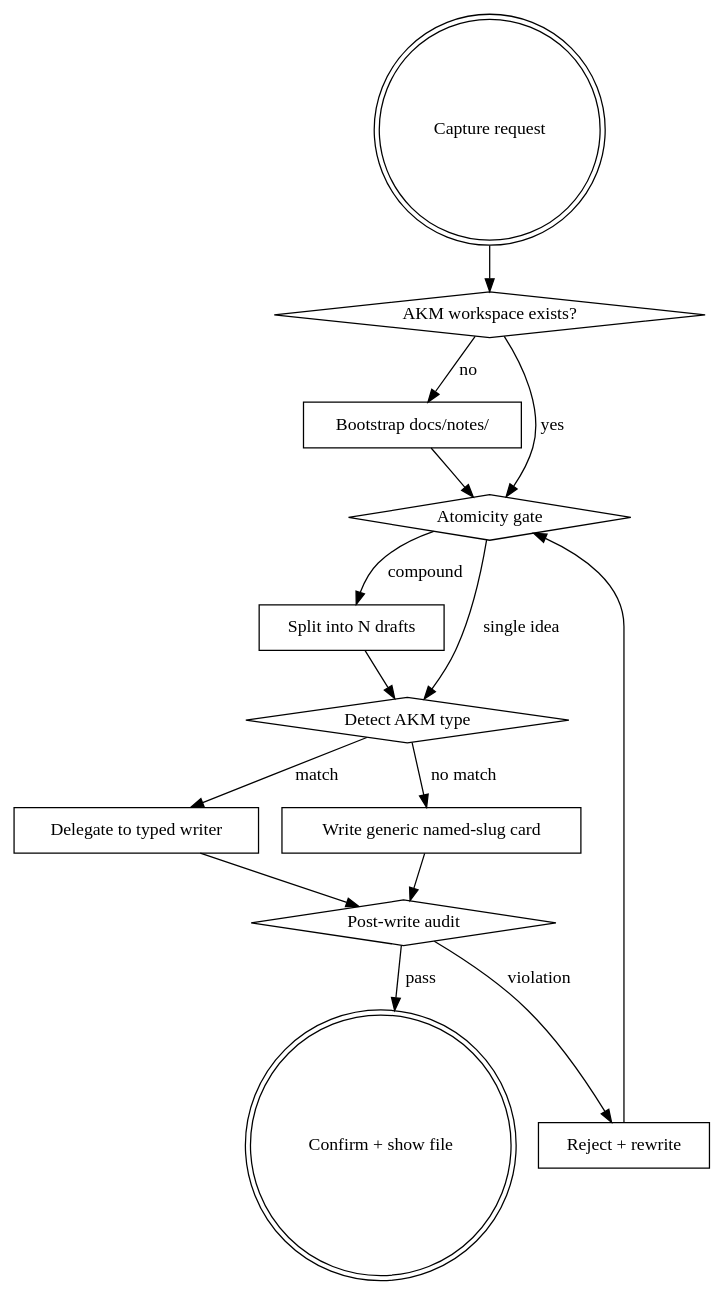
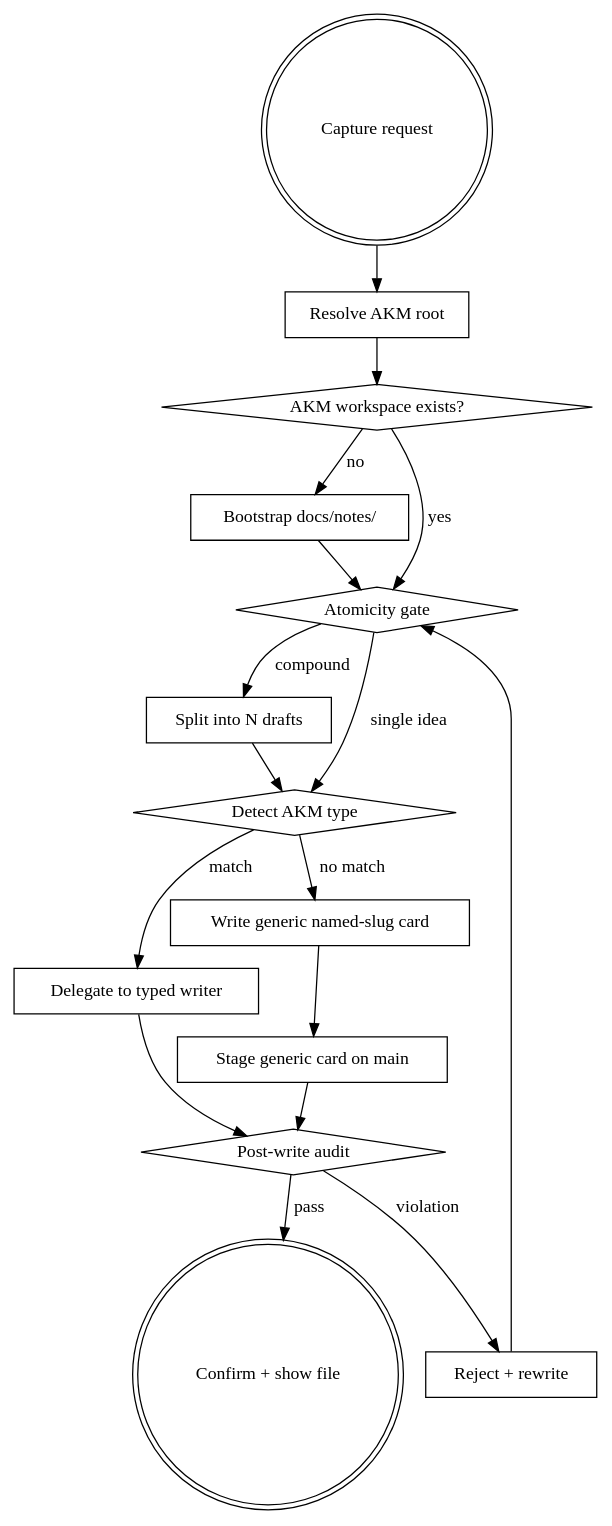
One commit to b3tchi/dotfiles changed the diagram in claude/marketplace/plugins/infinifu/skills/zettel-write/SKILL.md. Above: the diagram before and after it, drawn with Graphviz. The commit also changed other lines of this file and 53 other files, not shown here.

````diff
--- a/claude/marketplace/plugins/infinifu/skills/zettel-write/SKILL.md
+++ b/claude/marketplace/plugins/infinifu/skills/zettel-write/SKILL.md
@@ -63,30 +80,34 @@
 ```dot
 digraph zettel_write {
     "Capture request" [shape=doublecircle];
+    "Resolve AKM root" [shape=box];
     "AKM workspace exists?" [shape=diamond];
     "Bootstrap docs/notes/" [shape=box];
     "Atomicity gate" [shape=diamond];
     "Split into N drafts" [shape=box];
     "Detect AKM type" [shape=diamond];
     "Delegate to typed writer" [shape=box];
     "Write generic named-slug card" [shape=box];
+    "Stage generic card on main" [shape=box];
     "Post-write audit" [shape=diamond];
     "Confirm + show file" [shape=doublecircle];
     "Reject + rewrite" [shape=box];
 
-    "Capture request" -> "AKM workspace exists?";
+    "Capture request" -> "Resolve AKM root";
+    "Resolve AKM root" -> "AKM workspace exists?";
     "AKM workspace exists?" -> "Bootstrap docs/notes/" [label="no"];
     "AKM workspace exists?" -> "Atomicity gate" [label="yes"];
     "Bootstrap docs/notes/" -> "Atomicity gate";
     "Atomicity gate" -> "Split into N drafts" [label="compound"];
     "Atomicity gate" -> "Detect AKM type" [label="single idea"];
     "Split into N drafts" -> "Detect AKM type";
     "Detect AKM type" -> "Delegate to typed writer" [label="match"];
     "Detect AKM type" -> "Write generic named-slug card" [label="no match"];
     "Delegate to typed writer" -> "Post-write audit";
-    "Write generic named-slug card" -> "Post-write audit";
+    "Write generic named-slug card" -> "Stage generic card on main";
+    "Stage generic card on main" -> "Post-write audit";
     "Post-write audit" -> "Reject + rewrite" [label="violation"];
     "Post-write audit" -> "Confirm + show file" [label="pass"];
     "Reject + rewrite" -> "Atomicity gate";
 }
 ```
````
